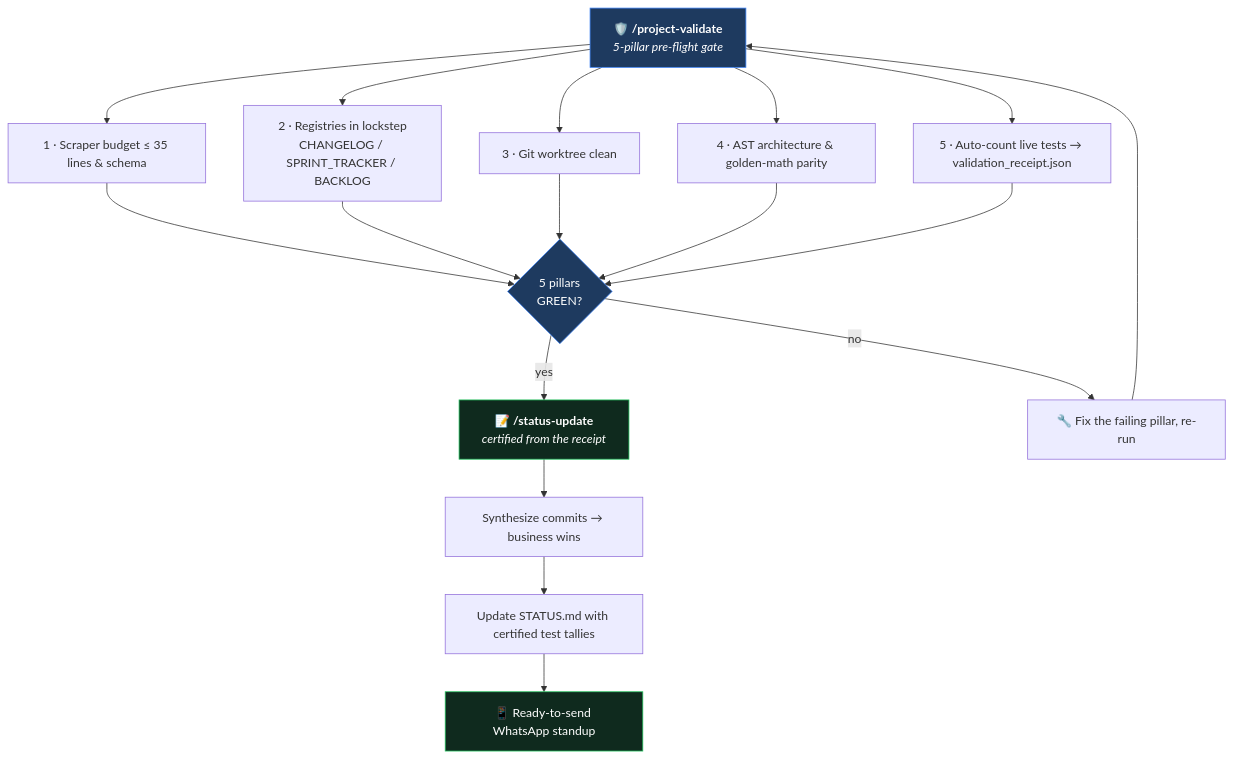
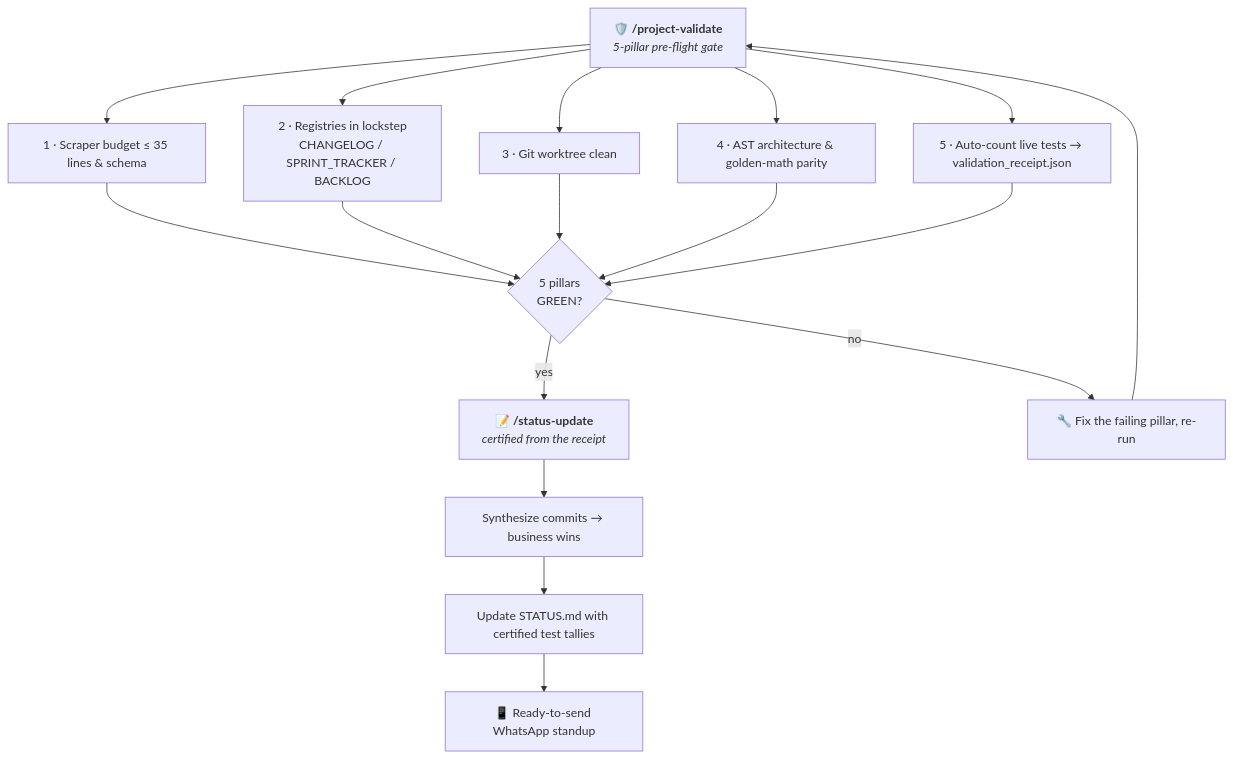
Before and after one commit to agni-eialarasu/cetana-labs: the diagram in docs/guides/project-owner-guide.md, drawn with Mermaid. The commit also changed 4 other files, not shown here.

Commit message:
fix(bk-039): mermaid node labels theme-owned colors (mermaid-theme-owned-colors)

````diff
--- a/docs/guides/project-owner-guide.md
+++ b/docs/guides/project-owner-guide.md
@@ -16,24 +16,19 @@
 ```mermaid
 flowchart TB
     V["🛡️ <b>/project-validate</b><br/><i>5-pillar pre-flight gate</i>"]
     P1["1 · Scraper budget ≤ 35 lines &amp; schema"]
     P2["2 · Registries in lockstep<br/>CHANGELOG / SPRINT_TRACKER / BACKLOG"]
     P3["3 · Git worktree clean"]
     P4["4 · AST architecture &amp; golden-math parity"]
     P5["5 · Auto-count live tests → validation_receipt.json"]
     GATE{"5 pillars<br/>GREEN?"}
     U["📝 <b>/status-update</b><br/><i>certified from the receipt</i>"]
     U1["Synthesize commits → business wins"]
     U2["Update STATUS.md with certified test tallies"]
     U3["📱 Ready-to-send WhatsApp standup"]
     FIX["🔧 Fix the failing pillar, re-run"]
 
     V --> P1 & P2 & P3 & P4 & P5 --> GATE
     GATE -- "yes" --> U --> U1 --> U2 --> U3
     GATE -- "no" --> FIX --> V
-
-    classDef gate fill:#1e3a5f,stroke:#3b82f6,color:#fff;
-    classDef act fill:#0f2a1e,stroke:#22c55e,color:#fff;
-    class V,GATE gate;
-    class U,U3 act;
 ```
````
